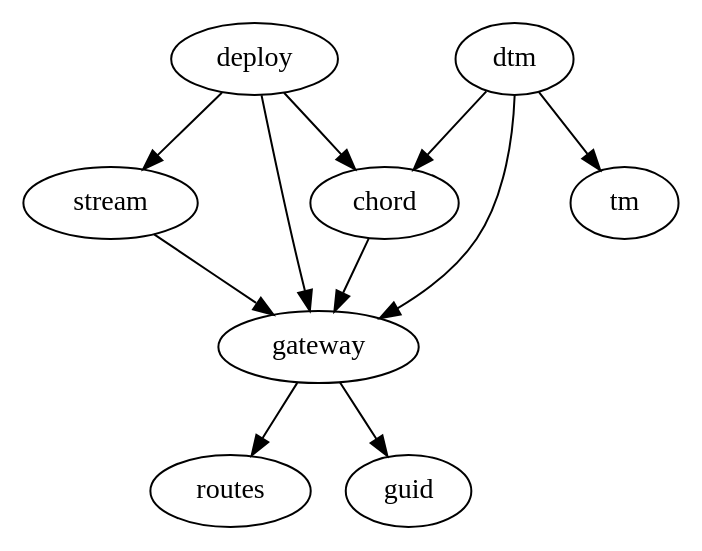
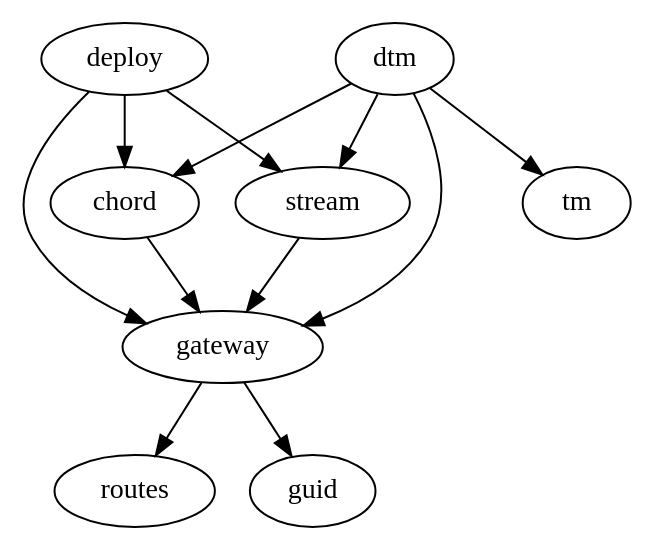
Before and after one commit to bollenberger/distributed_database: the diagram in dependencies.dot, drawn with Graphviz. The commit also changed 8 other files, not shown here.

```diff
--- a/dependencies.dot
+++ b/dependencies.dot
@@ -1,17 +1,19 @@
 digraph G {
 	deploy -> stream;
 	deploy -> chord;
 	deploy -> gateway;
 	
 	stream -> gateway;
 	
 	gateway -> routes;
 	gateway -> guid;
 	
 	chord -> gateway;
 	
 	
 	dtm -> tm;
 	dtm -> gateway;
 	dtm -> chord;
+	
+	dtm -> stream;
 }
```
